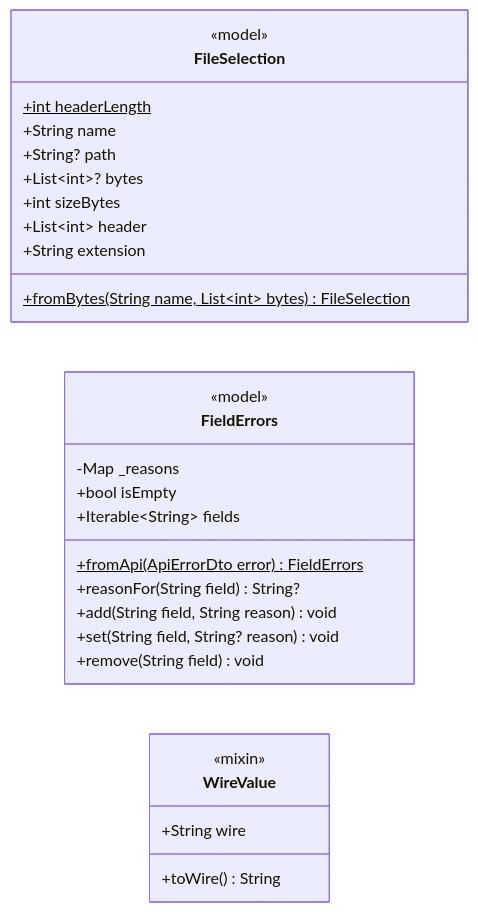
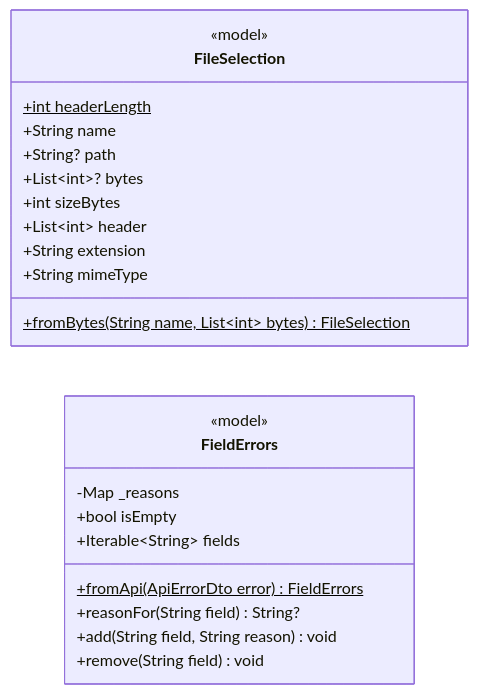
One commit to katch-lds/katch-docs changed the fifth of 23 diagrams in 04-artefactos-tecnicos/04.07-modelos-de-classes/m4-modelo-classes-frontend-mobile-v03.md. Above: the diagram before and after it, drawn with Mermaid. The commit also changed other lines of this file and 2 other files, not shown here.

````diff
--- a/04-artefactos-tecnicos/04.07-modelos-de-classes/m4-modelo-classes-frontend-mobile-v03.md
+++ b/04-artefactos-tecnicos/04.07-modelos-de-classes/m4-modelo-classes-frontend-mobile-v03.md
@@ -440,31 +445,26 @@
 ```mermaid
 classDiagram
     direction LR
     class FileSelection {
         <<model>>
         +int headerLength$
         +String name
         +String? path
         +List~int~? bytes
         +int sizeBytes
         +List~int~ header
         +String extension
+        +String mimeType
         +fromBytes(String name, List~int~ bytes)$ FileSelection
     }
     class FieldErrors {
         <<model>>
         -Map _reasons
         +fromApi(ApiErrorDto error)$ FieldErrors
         +bool isEmpty
         +Iterable~String~ fields
         +reasonFor(String field) String?
         +add(String field, String reason) void
-        +set(String field, String? reason) void
         +remove(String field) void
     }
-    class WireValue {
-        <<mixin>>
-        +String wire
-        +toWire() String
-    }
 ```
````
